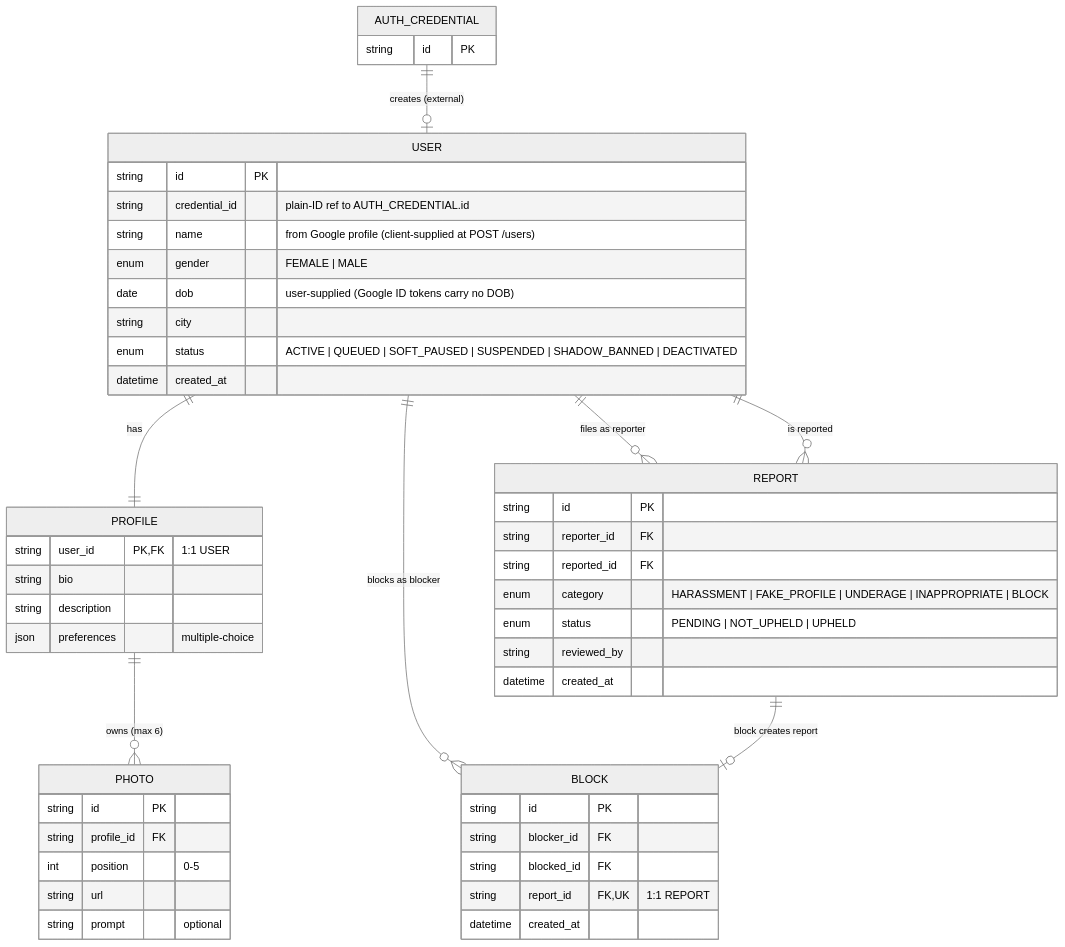
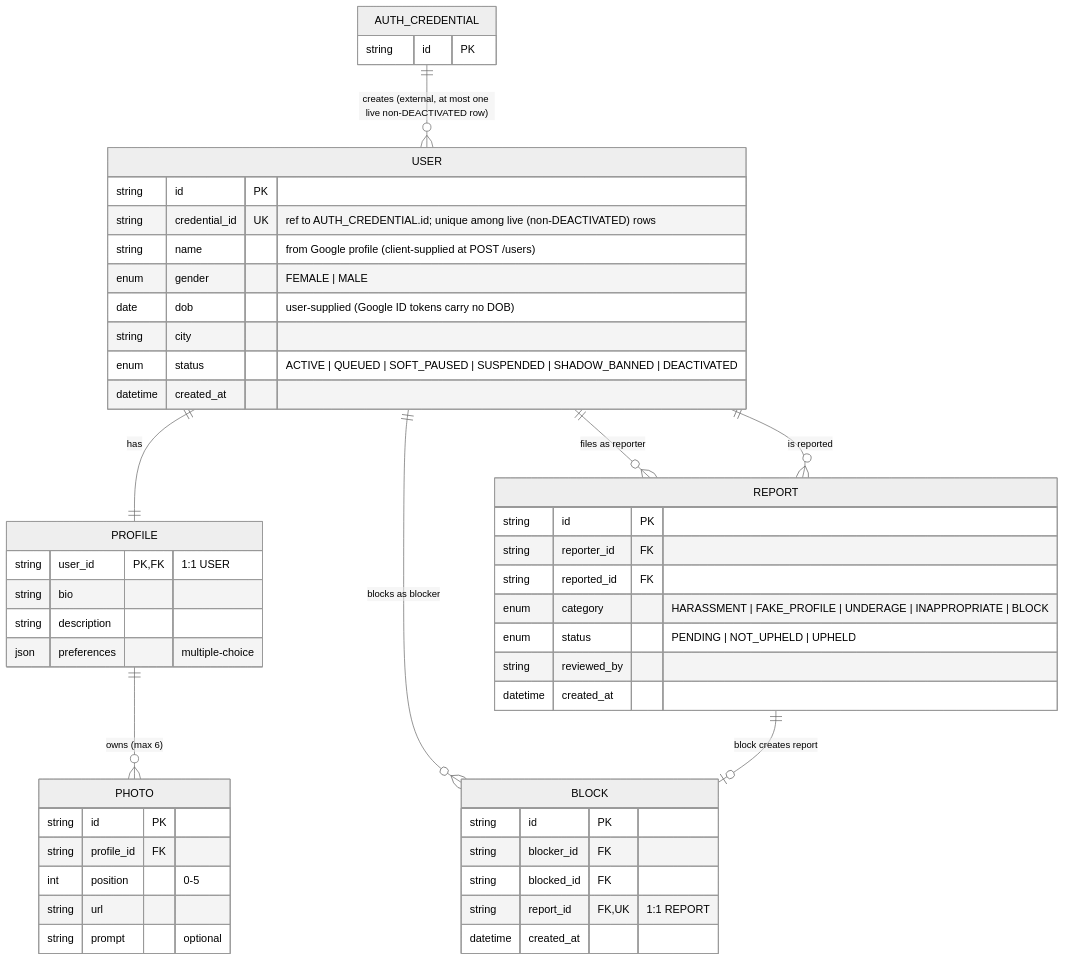
Before and after one commit to cheetah-org/fold-design: the second of 8 diagrams in entities/er-diagram.md, drawn with Mermaid (neutral theme). The commit also changed other lines of this file and 5 other files, not shown here.

````diff
--- a/entities/er-diagram.md
+++ b/entities/er-diagram.md
@@ -208,57 +208,57 @@
 ```mermaid
 erDiagram
     %% Owned entities
     USER {
         string id PK
-        string credential_id "plain-ID ref to AUTH_CREDENTIAL.id"
+        string credential_id UK "ref to AUTH_CREDENTIAL.id; unique among live (non-DEACTIVATED) rows"
         string name "from Google profile (client-supplied at POST /users)"
         enum gender "FEMALE | MALE"
         date dob "user-supplied (Google ID tokens carry no DOB)"
         string city
         enum status "ACTIVE | QUEUED | SOFT_PAUSED | SUSPENDED | SHADOW_BANNED | DEACTIVATED"
         datetime created_at
     }
     PROFILE {
         string user_id PK, FK "1:1 USER"
         string bio
         string description
         json preferences "multiple-choice"
     }
     PHOTO {
         string id PK
         string profile_id FK
         int position "0-5"
         string url
         string prompt "optional"
     }
     REPORT {
         string id PK
         string reporter_id FK
         string reported_id FK
         enum category "HARASSMENT | FAKE_PROFILE | UNDERAGE | INAPPROPRIATE | BLOCK"
         enum status "PENDING | NOT_UPHELD | UPHELD"
         string reviewed_by
         datetime created_at
     }
     BLOCK {
         string id PK
         string blocker_id FK
         string blocked_id FK
         string report_id FK, UK "1:1 REPORT"
         datetime created_at
     }
 
     %% External reference (owned by Auth Service)
     AUTH_CREDENTIAL {
         string id PK
     }
 
     %% Relationships
-    AUTH_CREDENTIAL ||--o| USER : "creates (external)"
+    AUTH_CREDENTIAL ||--o{ USER : "creates (external, at most one live non-DEACTIVATED row)"
     USER ||--|| PROFILE : "has"
     PROFILE ||--o{ PHOTO : "owns (max 6)"
     USER ||--o{ REPORT : "files as reporter"
     USER ||--o{ REPORT : "is reported"
     USER ||--o{ BLOCK : "blocks as blocker"
     REPORT ||--o| BLOCK : "block creates report"
 ```
````
